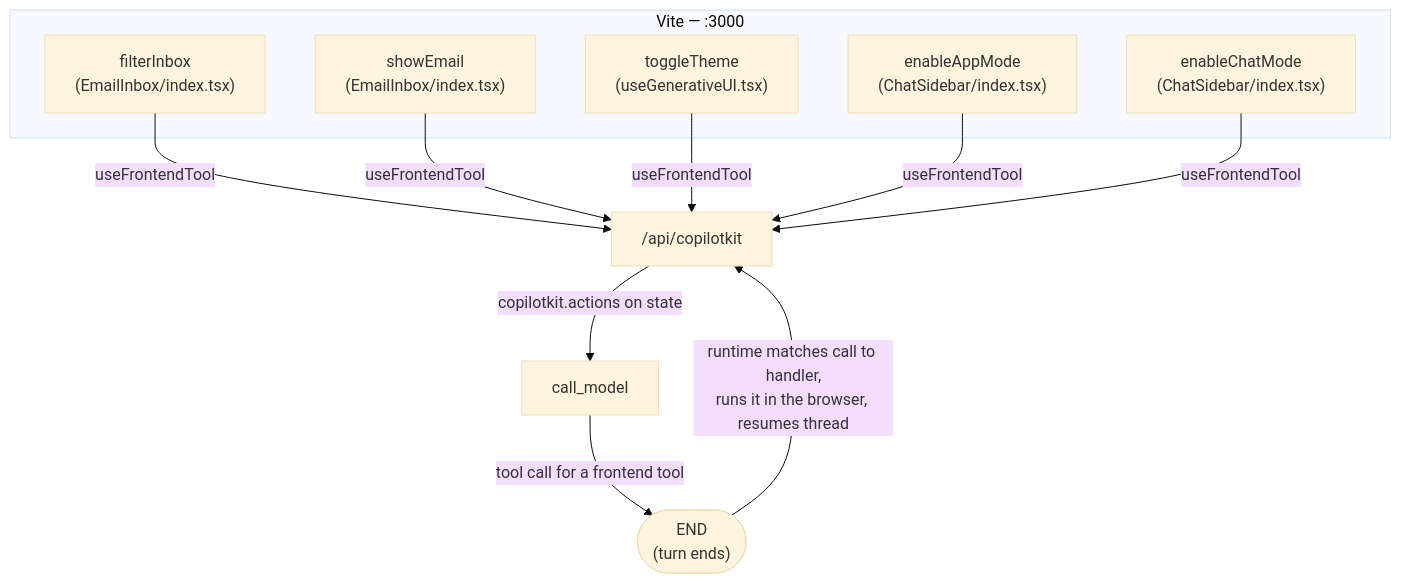
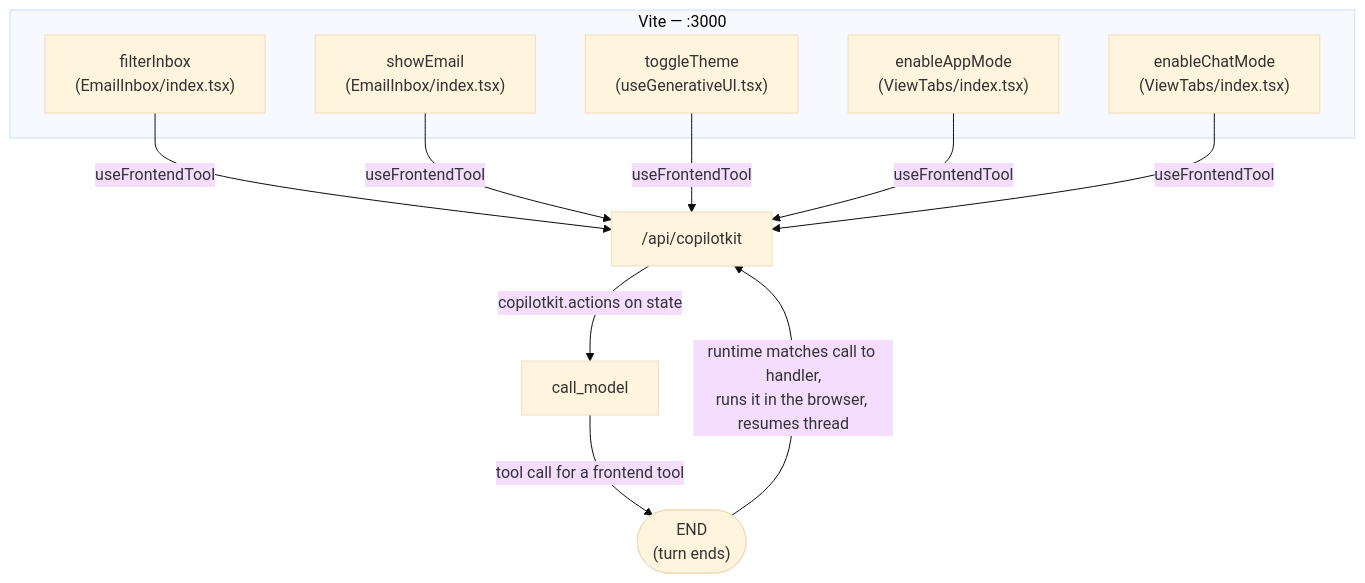
Before and after one commit to myle-agilityio/langchain-training: the fifth of 5 diagrams in practice-new-version/docs/ARCHITECTURE.md, drawn with Mermaid (base theme). The commit also changed 6 other files, not shown here.

````diff
--- a/practice-new-version/docs/ARCHITECTURE.md
+++ b/practice-new-version/docs/ARCHITECTURE.md
@@ -148,20 +148,20 @@
 ```mermaid
 graph TD
     subgraph Frontend["Vite — :3000"]
         FilterInbox["filterInbox\n(EmailInbox/index.tsx)"]
         ShowEmail["showEmail\n(EmailInbox/index.tsx)"]
         ToggleTheme["toggleTheme\n(useGenerativeUI.tsx)"]
-        EnableAppMode["enableAppMode\n(ChatSidebar/index.tsx)"]
-        EnableChatMode["enableChatMode\n(ChatSidebar/index.tsx)"]
+        EnableAppMode["enableAppMode\n(ViewTabs/index.tsx)"]
+        EnableChatMode["enableChatMode\n(ViewTabs/index.tsx)"]
     end
 
     FilterInbox -- "useFrontendTool" --> CopilotRoute["/api/copilotkit"]
     ShowEmail -- "useFrontendTool" --> CopilotRoute
     ToggleTheme -- "useFrontendTool" --> CopilotRoute
     EnableAppMode -- "useFrontendTool" --> CopilotRoute
     EnableChatMode -- "useFrontendTool" --> CopilotRoute
 
     CopilotRoute -- "copilotkit.actions on state" --> call_model["call_model"]
     call_model -- "tool call for a frontend tool" --> END(["END\n(turn ends)"])
     END -- "runtime matches call to handler,\nruns it in the browser, resumes thread" --> CopilotRoute
 ```
````
